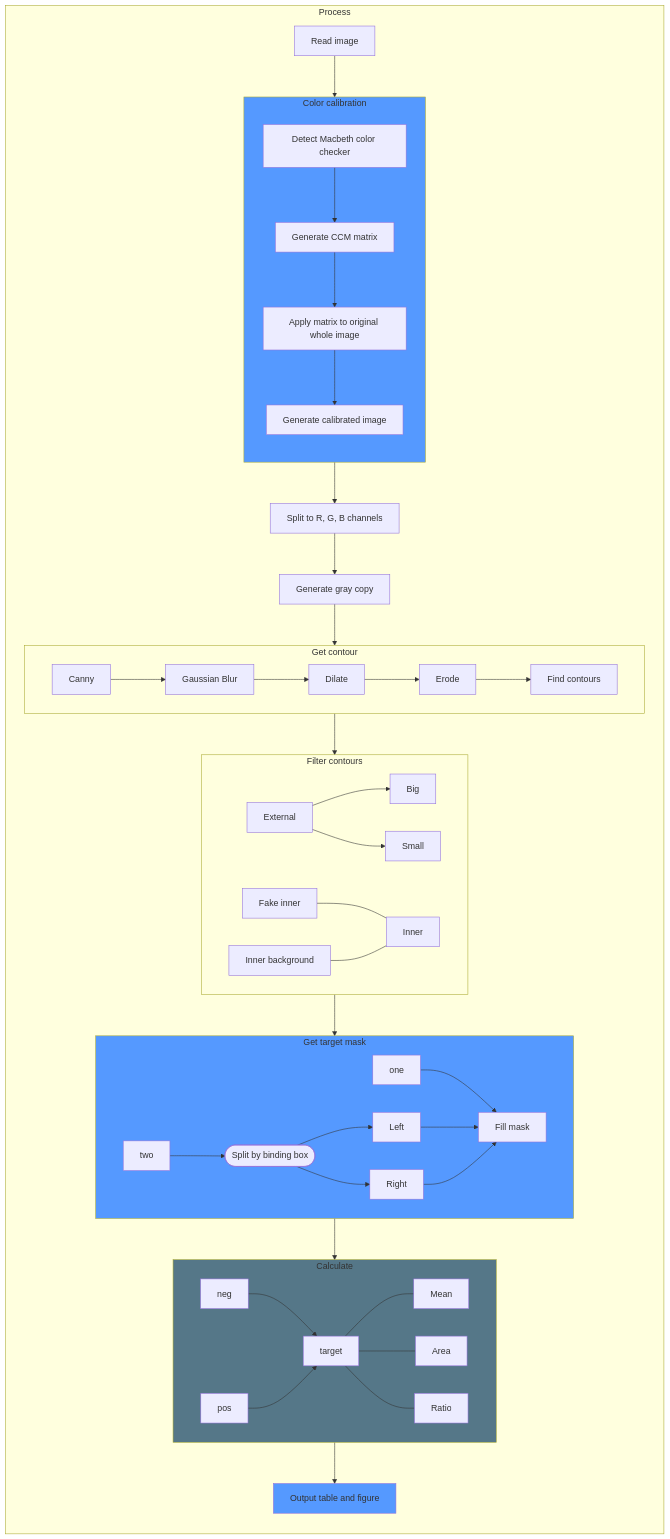
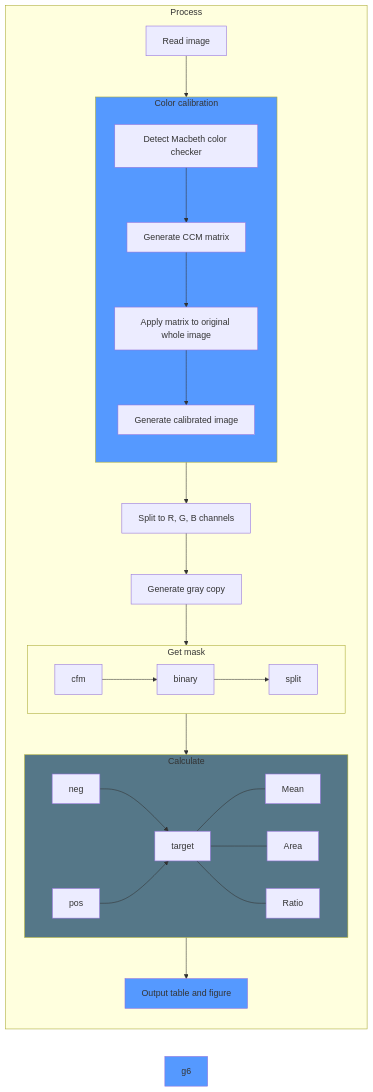
The second of 2 diagrams in README.md (wpwupingwp/pyGUS), drawn with Mermaid before and after one commit.

Commit message:
update flowchart

````diff
--- a/README.md
+++ b/README.md
@@ -367,51 +367,34 @@
 ```mermaid
 flowchart LR
     subgraph Process
         g1[Read image]
         g1.5[[Color calibration]]
         g2[Split to R, G, B channels]
         g3[Generate gray copy]
         g4[Get edge]
-        g5[Filter contours]
-        g6[Get target mask]
         g7[Calculate]
         g8[Output table and figure]
-        g1 --> g1.5 --> g2 --> g3 --> g4 --> g5 --> g6 --> g7 --> g8 
+        g1 --> g1.5 --> g2 --> g3 --> g4 --> g7 --> g8 
         style g1.5 fill:#59f
         style g6 fill:#59f
         style g7 fill:#557788
         style g8 fill:#59f
     end
     subgraph g1.5[Color calibration]
         direction TB
         c1[Detect Macbeth color checker]
         c2[Generate CCM matrix]
         c3[Apply matrix to original whole image]
         c4[Generate calibrated image]
         c1 --> c2 --> c3 --> c4
     end
-    subgraph g4[Get contour]
+    subgraph g4[Get mask]
         direction LR
-        g41[Canny] --> g42[Gaussian Blur] --> g43[Dilate] --> g44[Erode]
-        g44 --> g45[Find contours]
-    end
-    subgraph g5[Filter contours]
-        direction LR
-        g51[External] --> Big & Small 
-        g52[Inner]
-        g53[Fake inner]
-        g54[Inner background]
-        g53 & g54 --- g52
-    end
-    subgraph g6[Get target mask]
-        direction LR
-        one
-        two --> s([Split by binding box]) --> Left & Right
-        one & Left & Right --> f[Fill mask]
+        g41[cfm] --> g42[binary] --> g43[split]
     end
     subgraph g7[Calculate]
         direction LR
         neg & pos --> target --- Mean & Area & Ratio
     end
 
 ```
````
